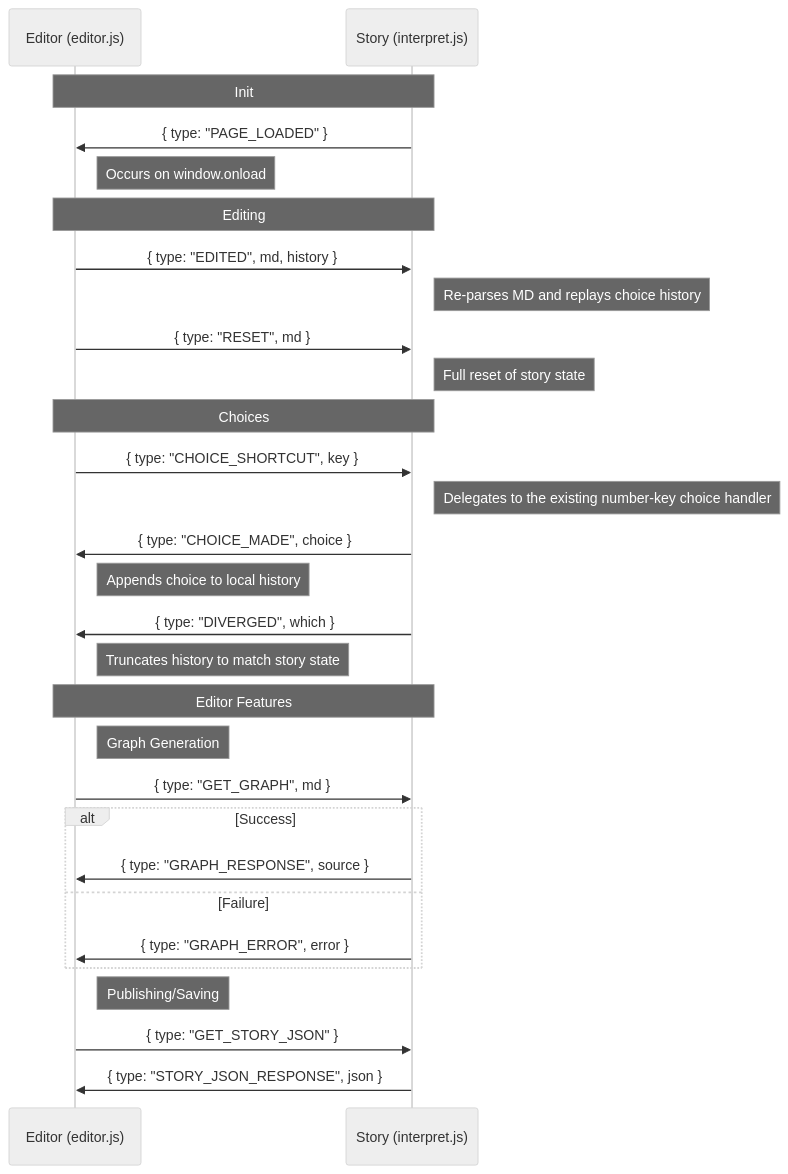
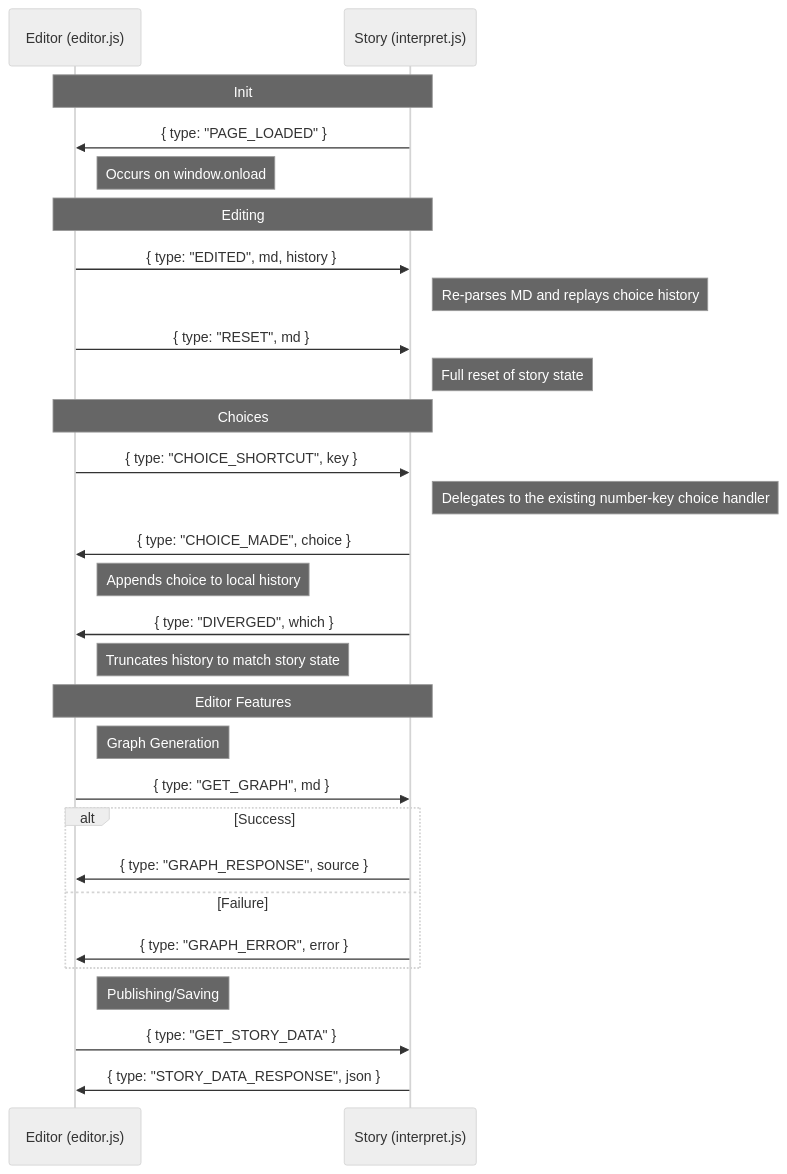
Before and after one commit to dariusf/fable: the diagram in docs.md, drawn with Mermaid (neutral theme). The commit also changed 6 other files, not shown here.

````diff
--- a/docs.md
+++ b/docs.md
@@ -451,41 +451,41 @@
 ```mermaid
 sequenceDiagram
     participant E as Editor (editor.js)
     participant S as Story (interpret.js)
 
     Note over E, S: Init
     S->>E: { type: "PAGE_LOADED" }
     Note right of E: Occurs on window.onload
 
     Note over E, S: Editing
     E->>S: { type: "EDITED", md, history }
     Note right of S: Re-parses MD and replays choice history
 
     E->>S: { type: "RESET", md }
     Note right of S: Full reset of story state
 
     Note over E, S: Choices
     E->>S: { type: "CHOICE_SHORTCUT", key }
     Note right of S: Delegates to the existing number-key choice handler
 
     S->>E: { type: "CHOICE_MADE", choice }
     Note right of E: Appends choice to local history
 
     S->>E: { type: "DIVERGED", which }
     Note right of E: Truncates history to match story state
 
     Note over E, S: Editor Features
 
         Note right of E: Graph Generation
         E->>S: { type: "GET_GRAPH", md }
         alt Success
             S->>E: { type: "GRAPH_RESPONSE", source }
         else Failure
             S->>E: { type: "GRAPH_ERROR", error }
         end
 
 
         Note right of E: Publishing/Saving
-        E->>S: { type: "GET_STORY_JSON" }
-        S->>E: { type: "STORY_JSON_RESPONSE", json }
+        E->>S: { type: "GET_STORY_DATA" }
+        S->>E: { type: "STORY_DATA_RESPONSE", json }
 ```
````
